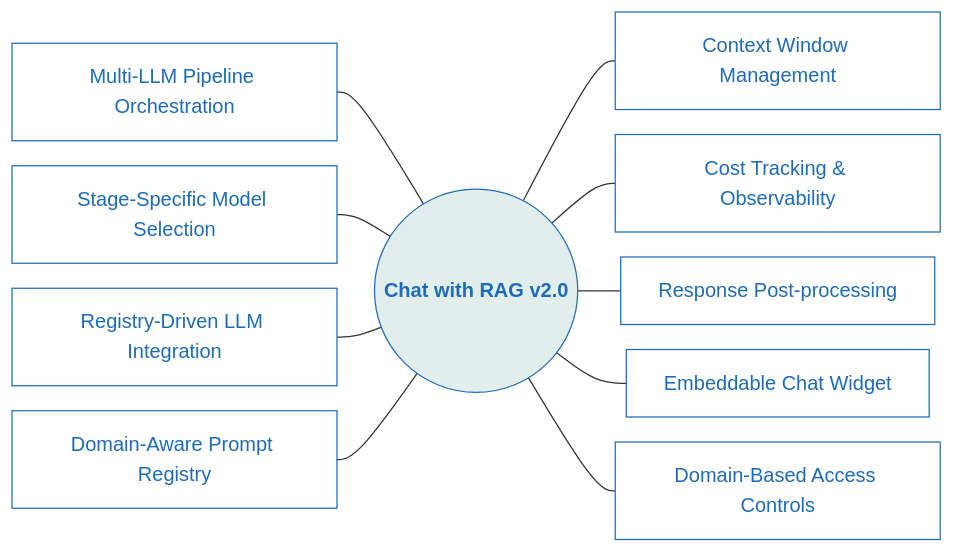
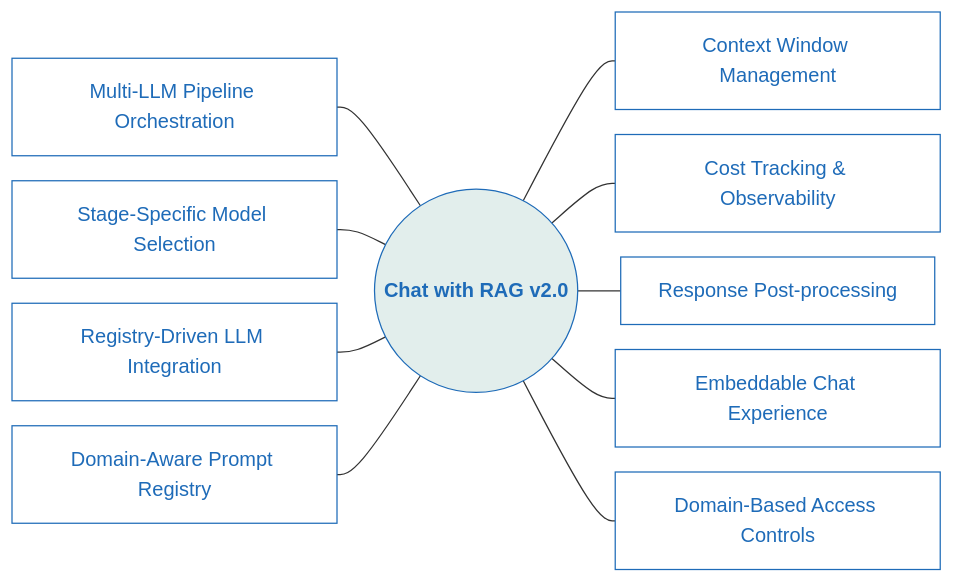
Before and after one commit to vrraj/chat-with-rag: the first of 3 diagrams in README.md, drawn with Mermaid. The commit also changed other lines of this file, not shown here.

````diff
--- a/README.md
+++ b/README.md
@@ -42,30 +42,30 @@
 ```mermaid
 %%{init: {'themeVariables': { 'nodePadding': '5', 'mainBkg': '#fff'}, 'flowchart': { 'curve': 'basis', 'rankSpacing': 30, 'nodeSpacing': 20}}}%%
 graph LR
     %% Lightened Theme Styling
     %% Core: Light Mint/White (#f0fff4) with Teal border (#159957)
     classDef core fill:#e2eeec,stroke:#1e6bb8,stroke-width:1px,color:#1e6bb8,font-weight:bold,fsize:18px;
     
     %% Features: Clean white with softer Blue borders (#1e6bb8)
     classDef feat fill:#ffffff,stroke:#1e6bb8,stroke-width:1px,color:#1e6bb8,fsize:14px;
 
     %% Left-side spokes
     F1[Multi-LLM Pipeline Orchestration] --- Core
     F2[Stage-Specific Model Selection] --- Core
     F3[Registry-Driven LLM Integration] --- Core
     F4[Domain-Aware Prompt Registry] --- Core
 
     %% The Hub (Now Light & Airy)
     Core((Chat with RAG v2.0))
 
     %% Right-side spokes
     Core --- F5[Context Window Management]
     Core --- F6[Cost Tracking & Observability]
     Core --- F7[Response Post-processing]
-    Core --- F8[Embeddable Chat Widget]
+    Core --- F8[Embeddable Chat Experience]
     Core --- F9[Domain-Based Access Controls]
 
     %% Applying styles
     class Core core;
     class F1,F2,F3,F4,F5,F6,F7,F8,F9 feat;
 ```
````
